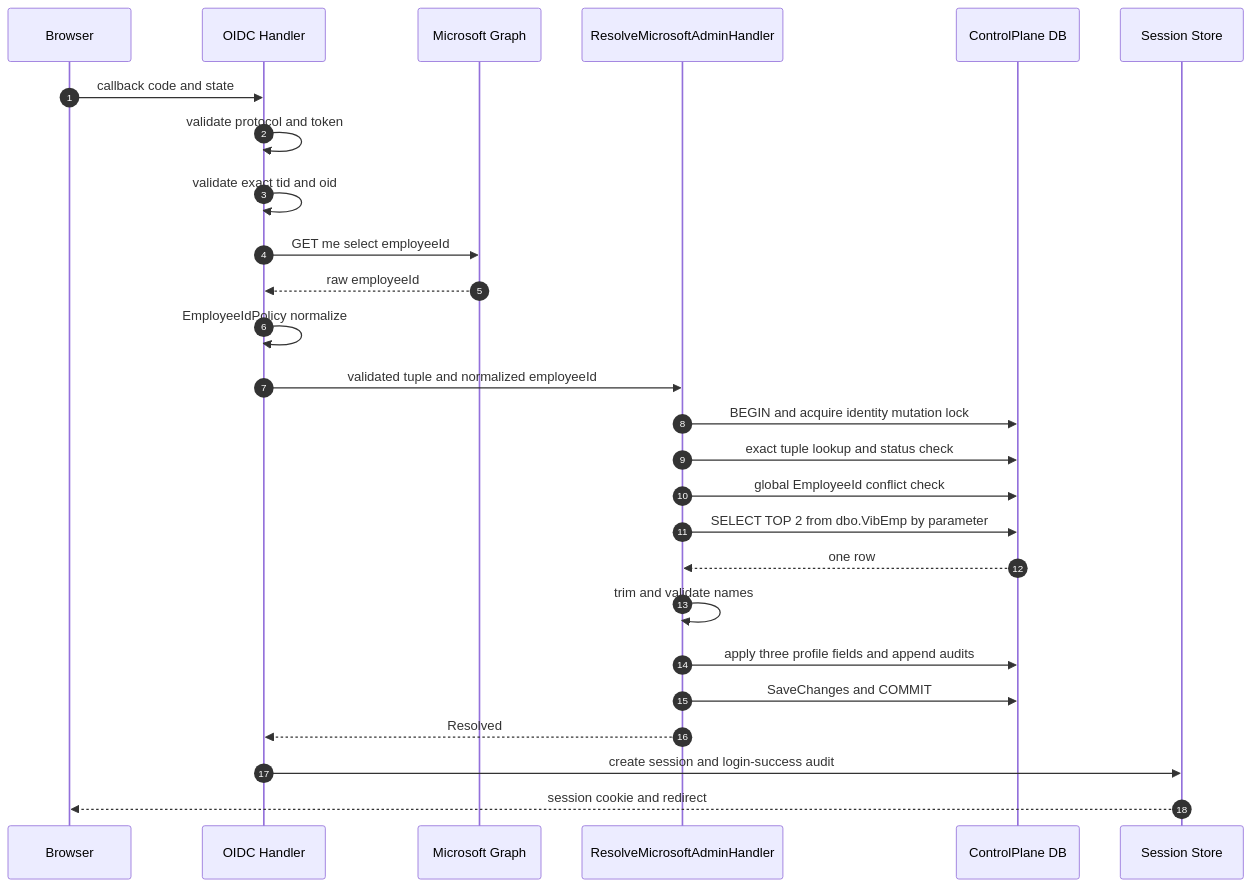
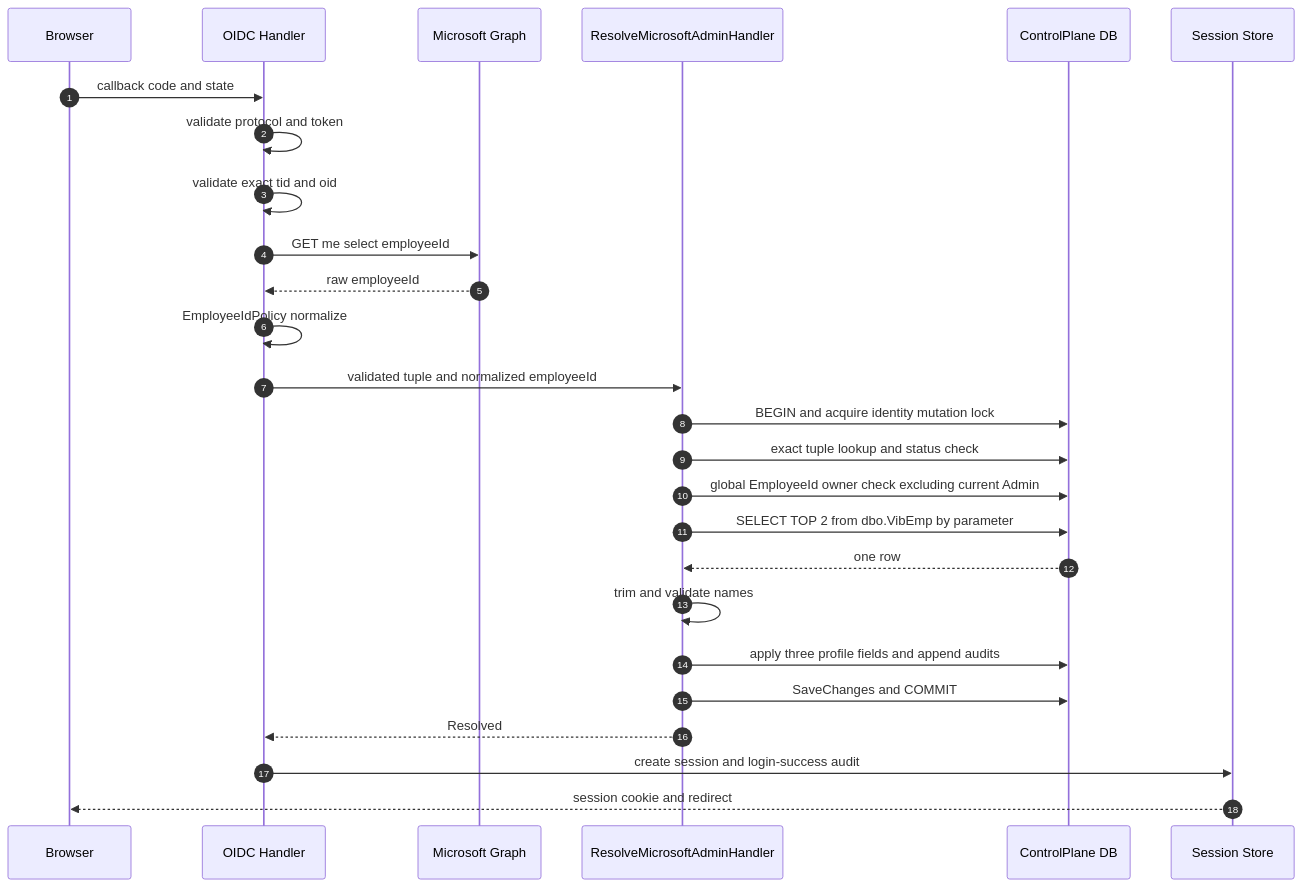
One commit to metrodiesign/pol-core changed the first of 3 diagrams in .ai/specs/admin-employee-profile-sync/design.md. Above: the diagram before and after it, drawn with Mermaid. The commit also changed other lines of this file and 10 other files, not shown here.

````diff
--- a/.ai/specs/admin-employee-profile-sync/design.md
+++ b/.ai/specs/admin-employee-profile-sync/design.md
@@ -69,29 +69,29 @@
 ```mermaid
 sequenceDiagram
     autonumber
     participant B as Browser
     participant O as OIDC Handler
     participant G as Microsoft Graph
     participant H as ResolveMicrosoftAdminHandler
     participant D as ControlPlane DB
     participant S as Session Store
 
     B->>O: callback code and state
     O->>O: validate protocol and token
     O->>O: validate exact tid and oid
     O->>G: GET me select employeeId
     G-->>O: raw employeeId
     O->>O: EmployeeIdPolicy normalize
     O->>H: validated tuple and normalized employeeId
     H->>D: BEGIN and acquire identity mutation lock
     H->>D: exact tuple lookup and status check
-    H->>D: global EmployeeId conflict check
+    H->>D: global EmployeeId owner check excluding current Admin
     H->>D: SELECT TOP 2 from dbo.VibEmp by parameter
     D-->>H: one row
     H->>H: trim and validate names
     H->>D: apply three profile fields and append audits
     H->>D: SaveChanges and COMMIT
     H-->>O: Resolved
     O->>S: create session and login-success audit
     S-->>B: session cookie and redirect
 ```
````
